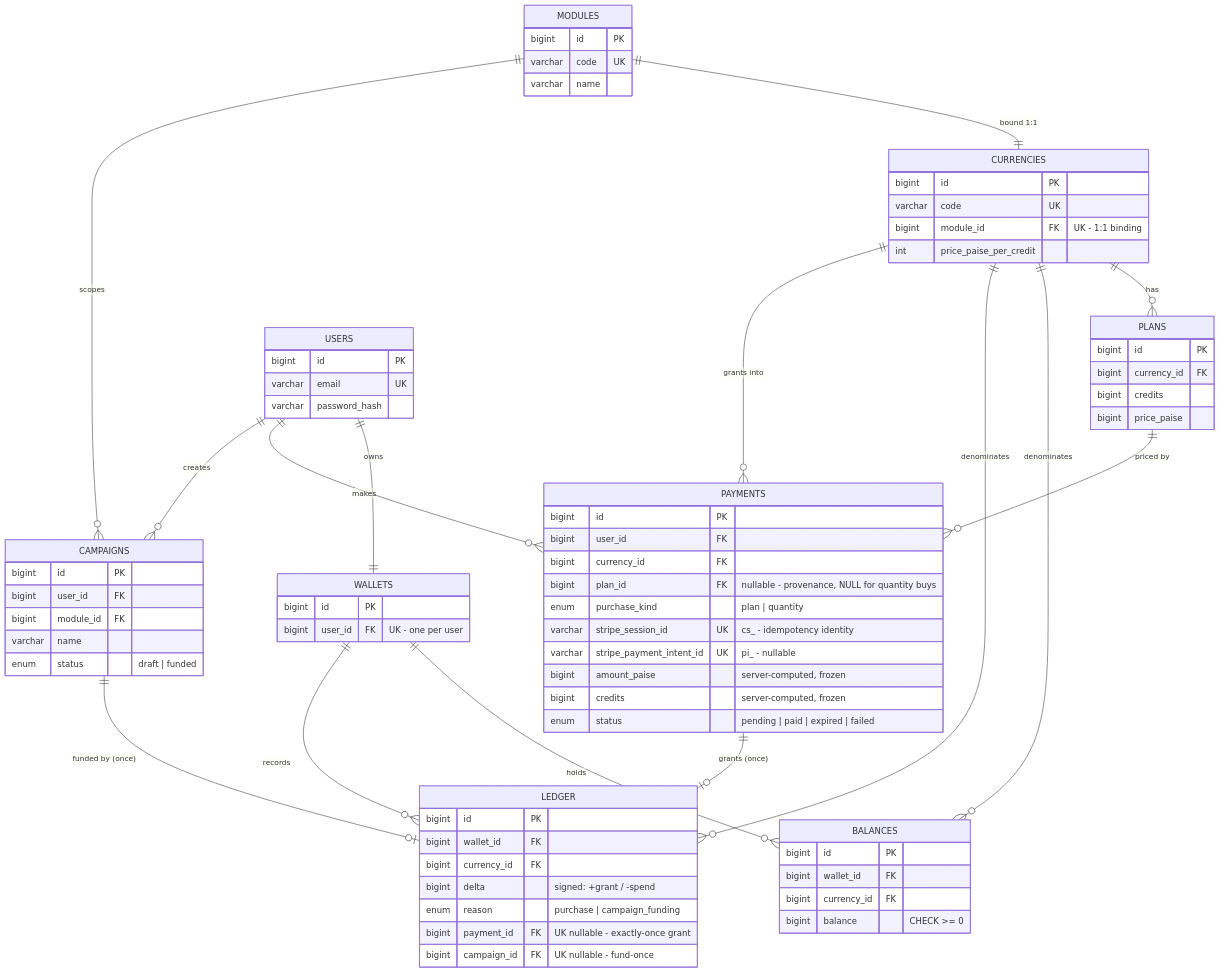
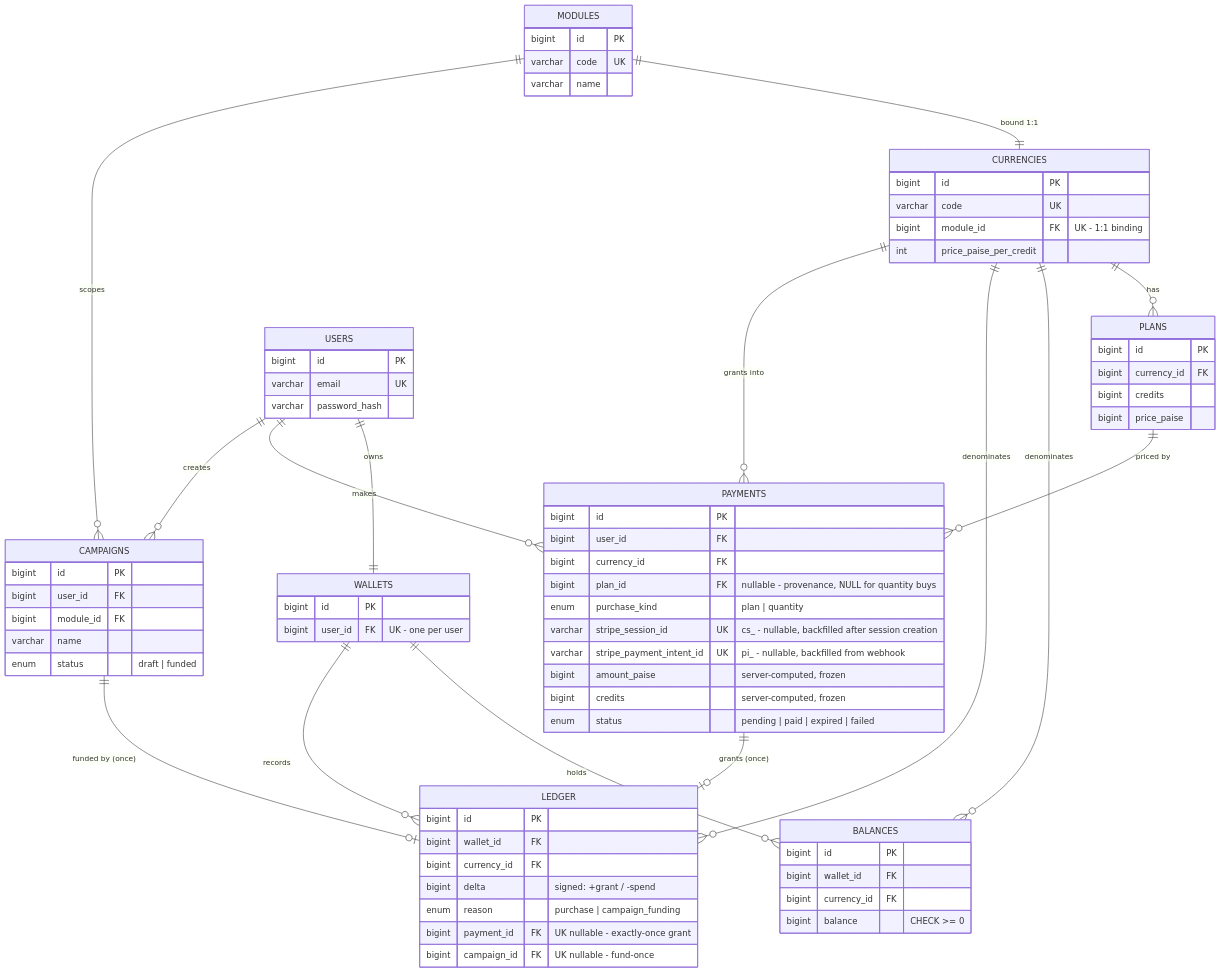
The diagram in DESIGN.md (point8290/InfluencerPlatform), drawn with Mermaid before and after one commit. The commit also changed other lines of this file and 62 other files, not shown here.

````diff
--- a/DESIGN.md
+++ b/DESIGN.md
@@ -18,78 +18,78 @@
 ```mermaid
 erDiagram
     MODULES ||--|| CURRENCIES : "bound 1:1"
     MODULES ||--o{ CAMPAIGNS : "scopes"
     CURRENCIES ||--o{ PLANS : "has"
     CURRENCIES ||--o{ BALANCES : "denominates"
     CURRENCIES ||--o{ LEDGER : "denominates"
     CURRENCIES ||--o{ PAYMENTS : "grants into"
     USERS ||--|| WALLETS : "owns"
     USERS ||--o{ PAYMENTS : "makes"
     USERS ||--o{ CAMPAIGNS : "creates"
     WALLETS ||--o{ BALANCES : "holds"
     WALLETS ||--o{ LEDGER : "records"
     PLANS ||--o{ PAYMENTS : "priced by"
     PAYMENTS ||--o| LEDGER : "grants (once)"
     CAMPAIGNS ||--o| LEDGER : "funded by (once)"
 
     MODULES {
         bigint id PK
         varchar code UK
         varchar name
     }
     CURRENCIES {
         bigint id PK
         varchar code UK
         bigint module_id FK "UK - 1:1 binding"
         int price_paise_per_credit
     }
     PLANS {
         bigint id PK
         bigint currency_id FK
         bigint credits
         bigint price_paise
     }
     USERS {
         bigint id PK
         varchar email UK
         varchar password_hash
     }
     WALLETS {
         bigint id PK
         bigint user_id FK "UK - one per user"
     }
     BALANCES {
         bigint id PK
         bigint wallet_id FK
         bigint currency_id FK
         bigint balance "CHECK >= 0"
     }
     LEDGER {
         bigint id PK
         bigint wallet_id FK
         bigint currency_id FK
         bigint delta "signed: +grant / -spend"
         enum reason "purchase | campaign_funding"
         bigint payment_id FK "UK nullable - exactly-once grant"
         bigint campaign_id FK "UK nullable - fund-once"
     }
     PAYMENTS {
         bigint id PK
         bigint user_id FK
         bigint currency_id FK
         bigint plan_id FK "nullable - provenance, NULL for quantity buys"
         enum purchase_kind "plan | quantity"
-        varchar stripe_session_id UK "cs_ - idempotency identity"
-        varchar stripe_payment_intent_id UK "pi_ - nullable"
+        varchar stripe_session_id UK "cs_ - nullable, backfilled after session creation"
+        varchar stripe_payment_intent_id UK "pi_ - nullable, backfilled from webhook"
         bigint amount_paise "server-computed, frozen"
         bigint credits "server-computed, frozen"
         enum status "pending | paid | expired | failed"
     }
     CAMPAIGNS {
         bigint id PK
         bigint user_id FK
         bigint module_id FK
         varchar name
         enum status "draft | funded"
     }
 ```
````
